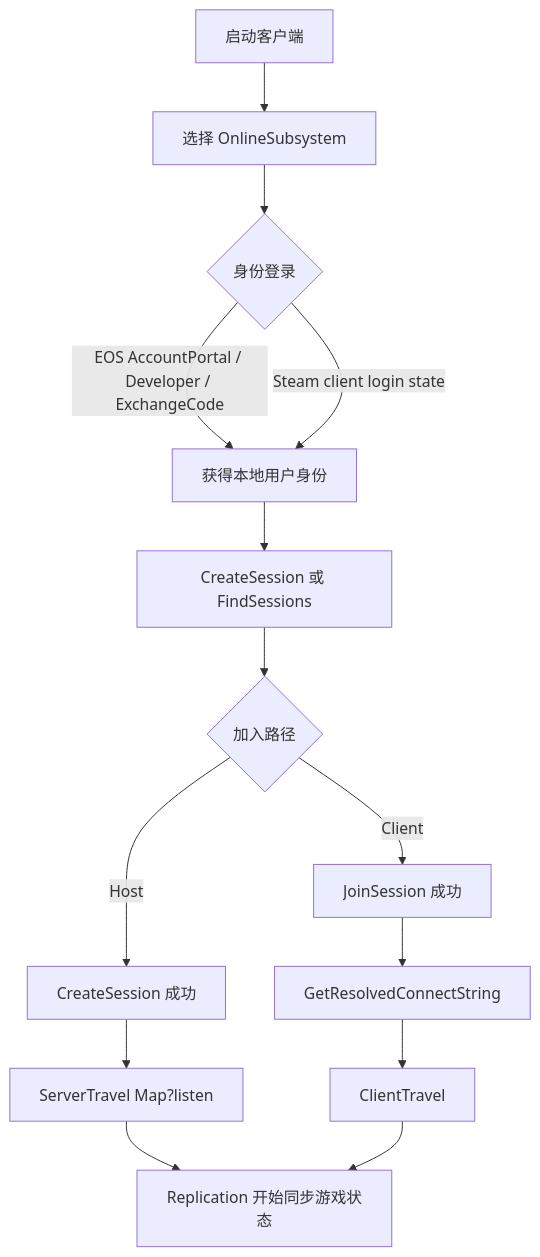
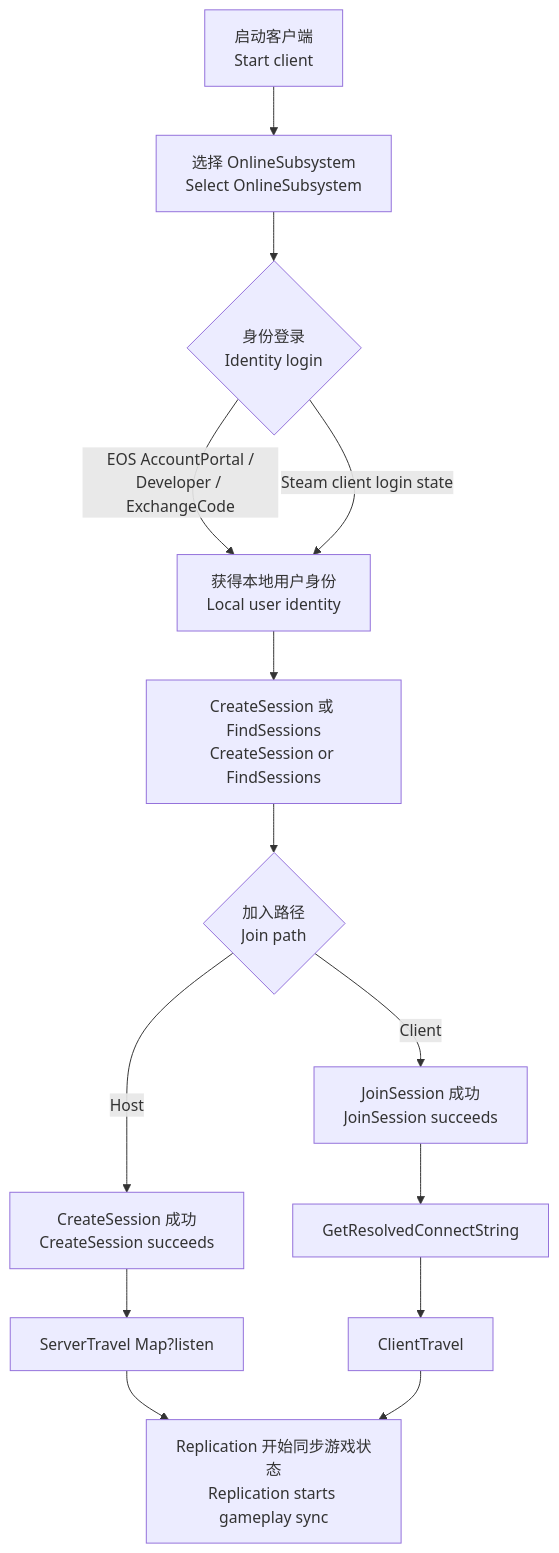
The diagram in src/content/blog/ue-online-subsystem-steam-eos-multiplayer.mdx (7-lovski/7-lovski.github.io), drawn with Mermaid before and after one commit. The commit also changed other lines of this file and 22 other files, not shown here.

````diff
--- a/src/content/blog/ue-online-subsystem-steam-eos-multiplayer.mdx
+++ b/src/content/blog/ue-online-subsystem-steam-eos-multiplayer.mdx
@@ -46,16 +93,16 @@
 ```mermaid
 flowchart TD
-    A[启动客户端] --> B[选择 OnlineSubsystem]
-    B --> C{身份登录}
-    C -->|EOS AccountPortal / Developer / ExchangeCode| D[获得本地用户身份]
+    A["启动客户端<br/>Start client"] --> B["选择 OnlineSubsystem<br/>Select OnlineSubsystem"]
+    B --> C{"身份登录<br/>Identity login"}
+    C -->|EOS AccountPortal /<br/>Developer / ExchangeCode| D["获得本地用户身份<br/>Local user identity"]
     C -->|Steam client login state| D
-    D --> E[CreateSession 或 FindSessions]
-    E --> F{加入路径}
-    F -->|Host| G[CreateSession 成功]
-    G --> H[ServerTravel Map?listen]
-    F -->|Client| I[JoinSession 成功]
-    I --> J[GetResolvedConnectString]
-    J --> K[ClientTravel]
-    H --> L[Replication 开始同步游戏状态]
+    D --> E["CreateSession 或 FindSessions<br/>CreateSession or FindSessions"]
+    E --> F{"加入路径<br/>Join path"}
+    F -->|Host| G["CreateSession 成功<br/>CreateSession succeeds"]
+    G --> H["ServerTravel Map?listen"]
+    F -->|Client| I["JoinSession 成功<br/>JoinSession succeeds"]
+    I --> J["GetResolvedConnectString"]
+    J --> K["ClientTravel"]
+    H --> L["Replication 开始同步游戏状态<br/>Replication starts gameplay sync"]
     K --> L
 ```
````
